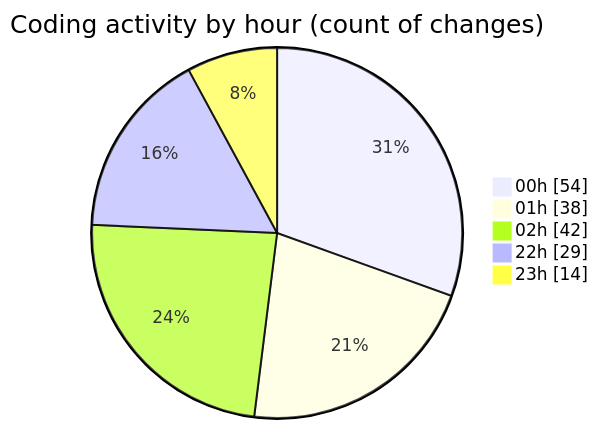
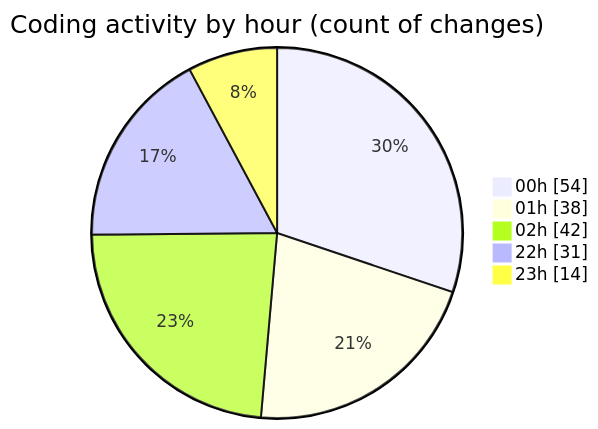
The second of 2 diagrams in 2025-08-20/quytuthien_vn/README.md (lephambinh05/code-tracking), drawn with Mermaid before and after one commit. The commit also changed other lines of this file and 1 other file, not shown here.

````diff
--- a/2025-08-20/quytuthien_vn/README.md
+++ b/2025-08-20/quytuthien_vn/README.md
@@ -113,9 +114,9 @@
 ```mermaid
 pie showData
 title Coding activity by hour (count of changes)
 "00h" : 54
 "01h" : 38
 "02h" : 42
-"22h" : 29
+"22h" : 31
 "23h" : 14
 ```
````
